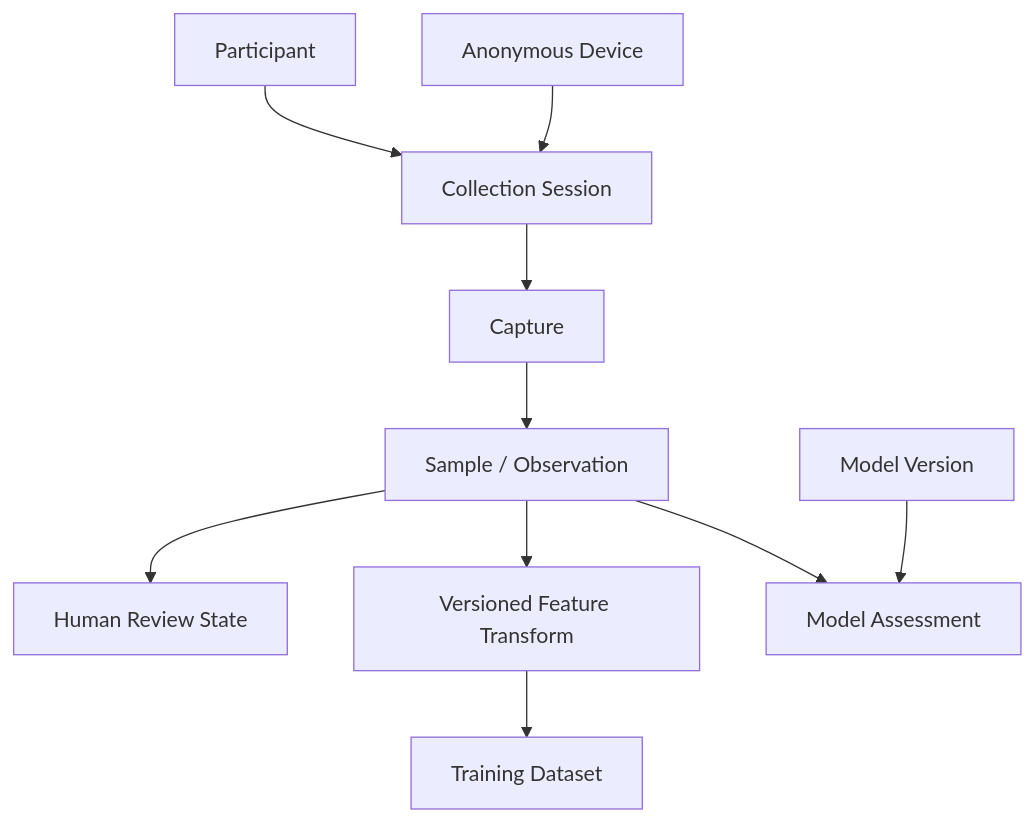
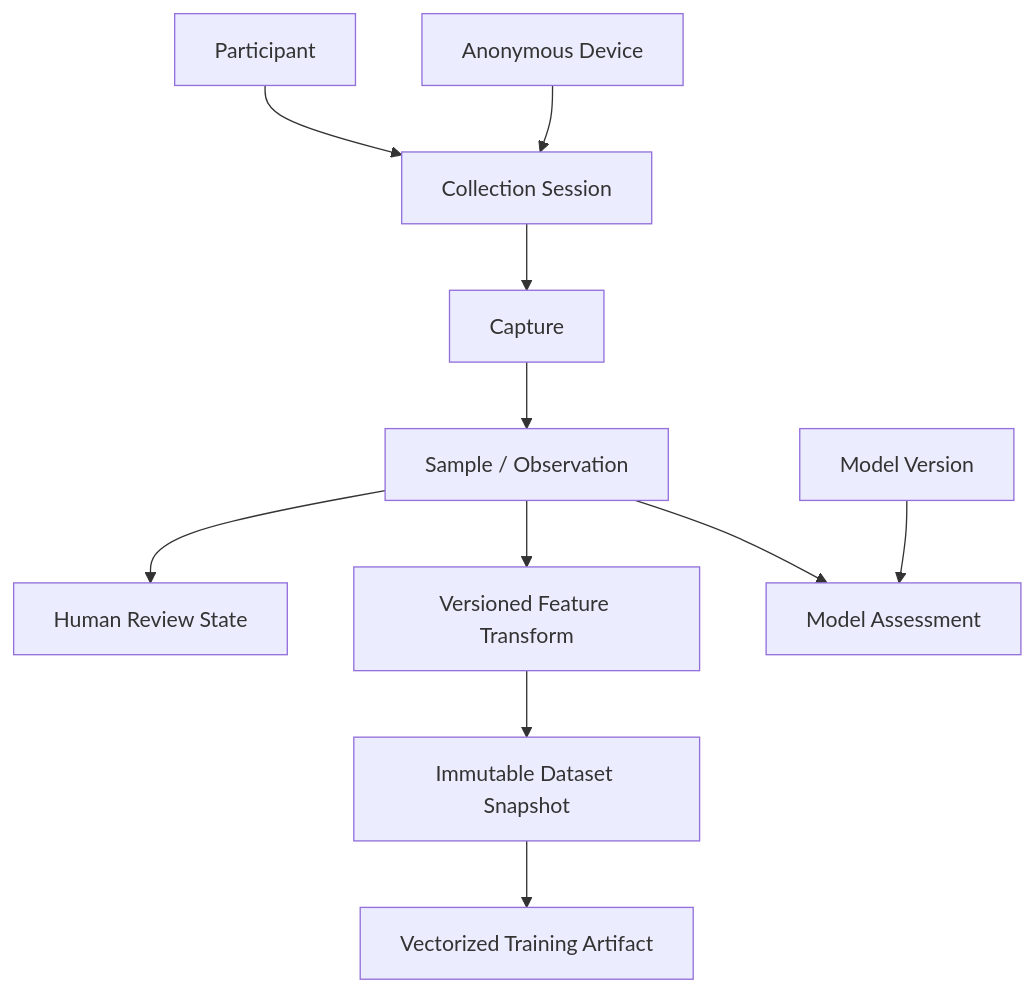
The second of 2 diagrams in docs/reference/architecture.md (Abyss-Jc/Hand-D), drawn with Mermaid before and after one commit. The commit also changed other lines of this file and 5 other files, not shown here.

````diff
--- a/docs/reference/architecture.md
+++ b/docs/reference/architecture.md
@@ -92,12 +92,13 @@
 ```mermaid
 flowchart TD
     P[Participant] --> S[Collection Session]
     D[Anonymous Device] --> S
     S --> C[Capture]
     C --> O[Sample / Observation]
     O --> R[Human Review State]
     O --> F[Versioned Feature Transform]
-    F --> T[Training Dataset]
+    F --> SNAP[Immutable Dataset Snapshot]
+    SNAP --> T[Vectorized Training Artifact]
     M[Model Version] --> A[Model Assessment]
     O --> A
 ```
````
